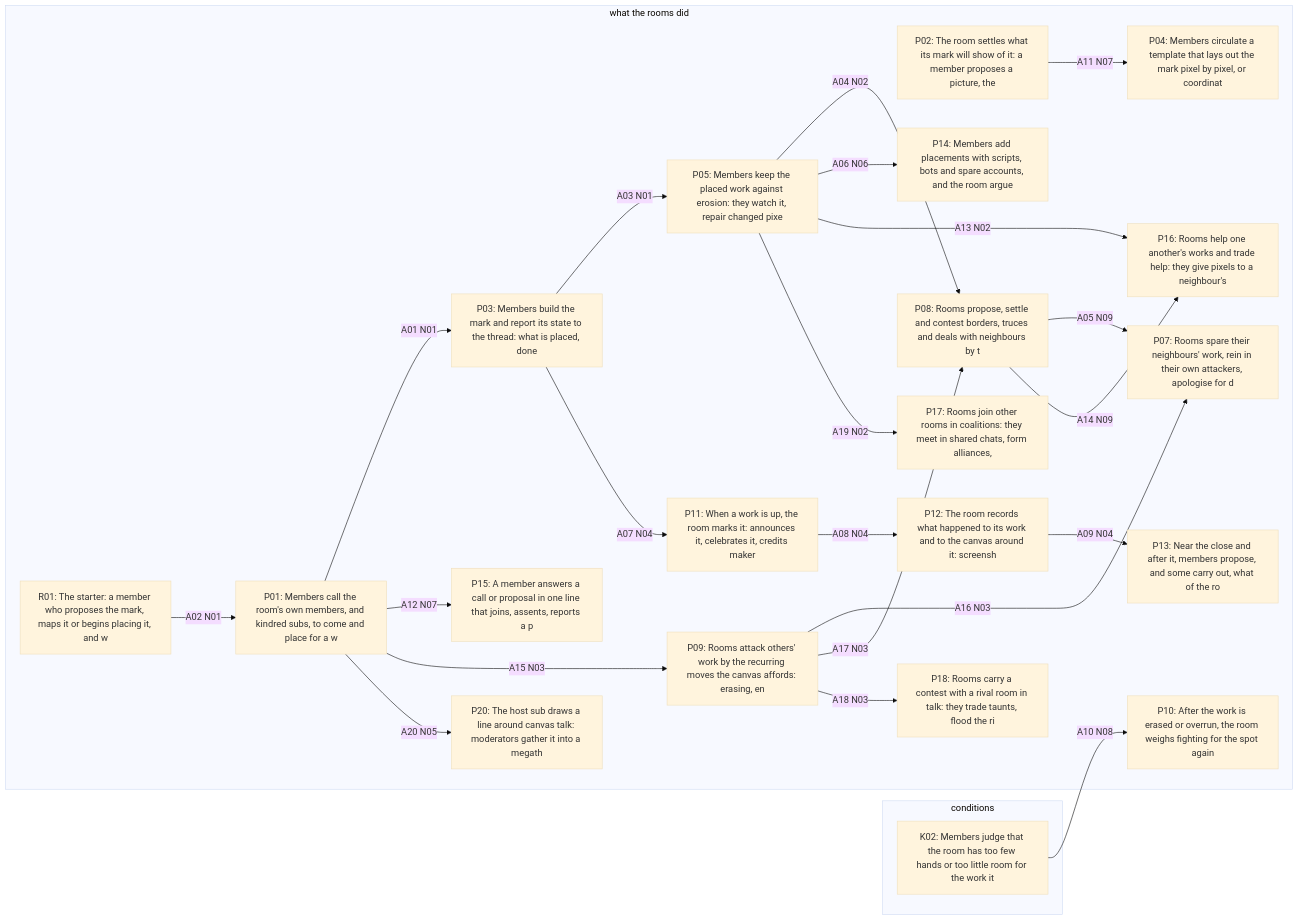
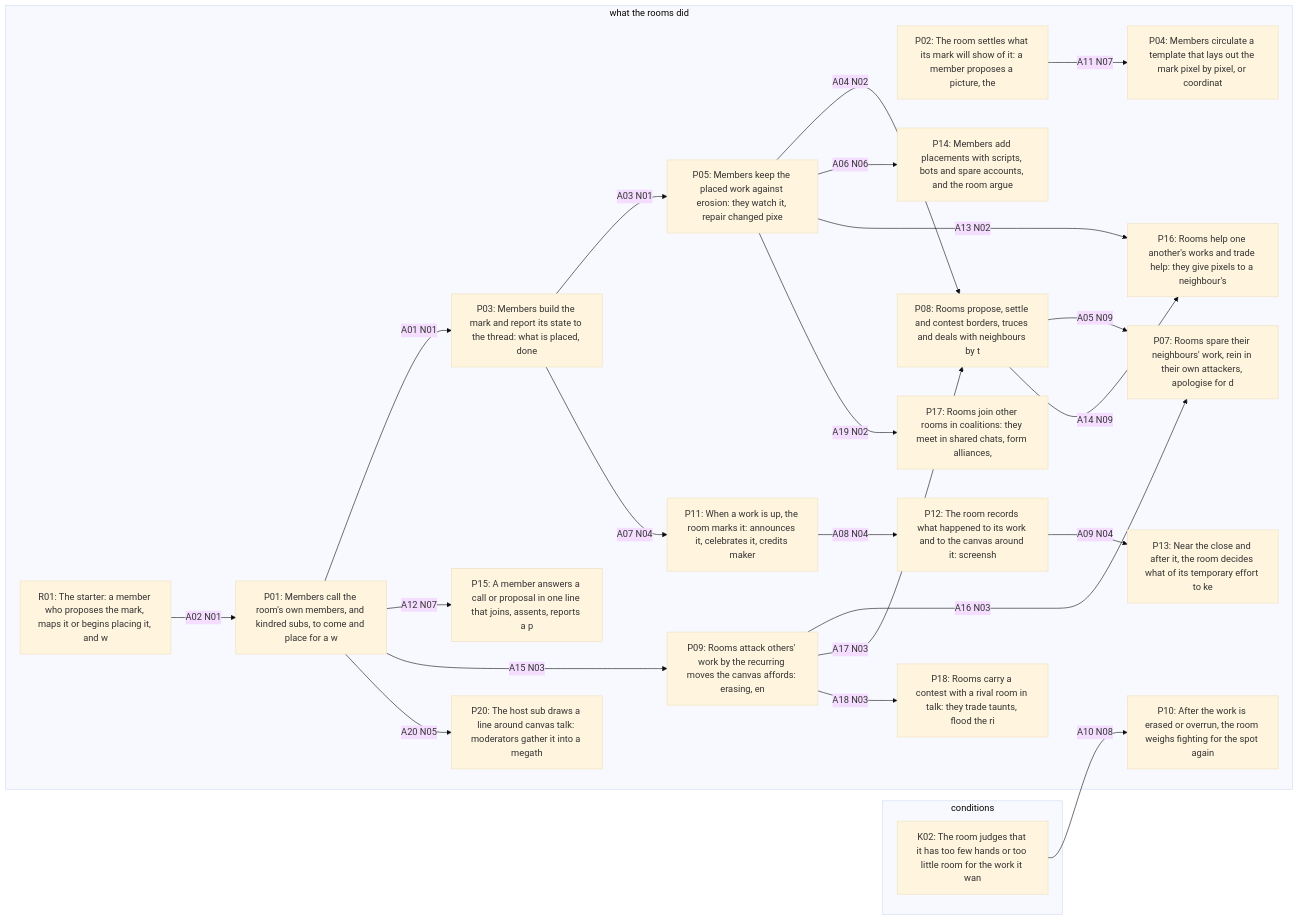
The first of 2 diagrams in aggregator/runs/claude-v43-1/00_GIVE-THE-AGENT/out/_views/figure-model.md (jparrieta/r-place), drawn with Mermaid (base theme) before and after one commit. The commit also changed other lines of this file and 791 other files, not shown here.

````diff
--- a/aggregator/runs/claude-v43-1/00_GIVE-THE-AGENT/out/_views/figure-model.md
+++ b/aggregator/runs/claude-v43-1/00_GIVE-THE-AGENT/out/_views/figure-model.md
@@ -6,47 +6,47 @@
 ```mermaid
 flowchart LR
   subgraph conditions["conditions"]
-    K02["K02: Members judge that the room has too few hands or too little room for the work it"]
+    K02["K02: The room judges that it has too few hands or too little room for the work it wan"]
   end
   subgraph what_the_rooms_did["what the rooms did"]
     P01["P01: Members call the room's own members, and kindred subs, to come and place for a w"]
     P02["P02: The room settles what its mark will show of it: a member proposes a picture, the"]
     P03["P03: Members build the mark and report its state to the thread: what is placed, done "]
     P04["P04: Members circulate a template that lays out the mark pixel by pixel, or coordinat"]
     P05["P05: Members keep the placed work against erosion: they watch it, repair changed pixe"]
     P07["P07: Rooms spare their neighbours' work, rein in their own attackers, apologise for d"]
     P08["P08: Rooms propose, settle and contest borders, truces and deals with neighbours by t"]
     P09["P09: Rooms attack others' work by the recurring moves the canvas affords: erasing, en"]
     P10["P10: After the work is erased or overrun, the room weighs fighting for the spot again"]
     P11["P11: When a work is up, the room marks it: announces it, celebrates it, credits maker"]
     P12["P12: The room records what happened to its work and to the canvas around it: screensh"]
-    P13["P13: Near the close and after it, members propose, and some carry out, what of the ro"]
+    P13["P13: Near the close and after it, the room decides what of its temporary effort to ke"]
     P14["P14: Members add placements with scripts, bots and spare accounts, and the room argue"]
     P15["P15: A member answers a call or proposal in one line that joins, assents, reports a p"]
     P16["P16: Rooms help one another's works and trade help: they give pixels to a neighbour's"]
     P17["P17: Rooms join other rooms in coalitions: they meet in shared chats, form alliances,"]
     P18["P18: Rooms carry a contest with a rival room in talk: they trade taunts, flood the ri"]
     P20["P20: The host sub draws a line around canvas talk: moderators gather it into a megath"]
     R01["R01: The starter: a member who proposes the mark, maps it or begins placing it, and w"]
   end
   P01 -->|"A01 N01"| P03
   R01 -->|"A02 N01"| P01
   P03 -->|"A03 N01"| P05
   P05 -->|"A04 N02"| P08
   P08 -->|"A05 N09"| P07
   P05 -->|"A06 N06"| P14
   P03 -->|"A07 N04"| P11
   P11 -->|"A08 N04"| P12
   P12 -->|"A09 N04"| P13
   K02 -->|"A10 N08"| P10
   P02 -->|"A11 N07"| P04
   P01 -->|"A12 N07"| P15
   P05 -->|"A13 N02"| P16
   P08 -->|"A14 N09"| P16
   P01 -->|"A15 N03"| P09
   P09 -->|"A16 N03"| P07
   P09 -->|"A17 N03"| P08
   P09 -->|"A18 N03"| P18
   P05 -->|"A19 N02"| P17
   P01 -->|"A20 N05"| P20
 ```
````
